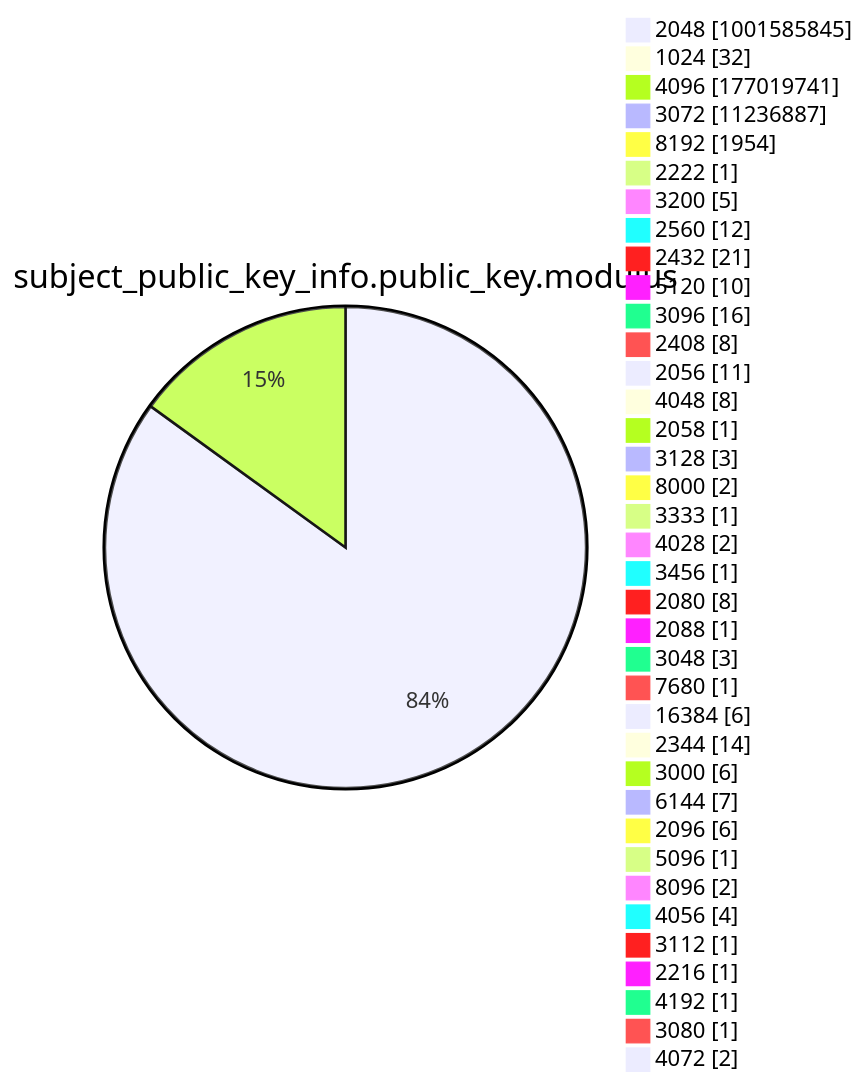
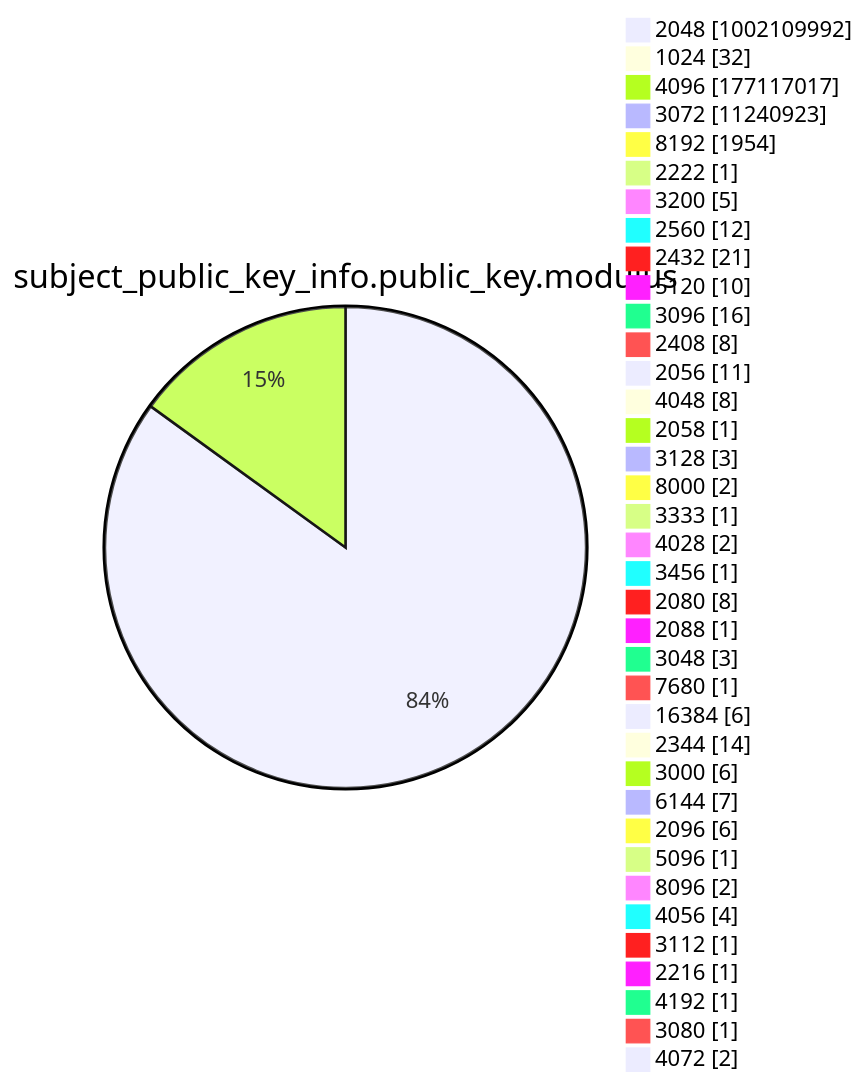
Diagram 13 of 15 in argon2022/README.md (christiankrug/ctmonitor_visualization), drawn with Mermaid before and after one commit. The commit also changed other lines of this file, not shown here.

````diff
--- a/argon2022/README.md
+++ b/argon2022/README.md
@@ -3587,41 +3587,41 @@
 ```mermaid
 pie showData
 title subject_public_key_info.public_key.modulus
-"2048" :1001585845
+"2048" :1002109992
 "1024" :32
-"4096" :177019741
-"3072" :11236887
+"4096" :177117017
+"3072" :11240923
 "8192" :1954
 "2222" :1
 "3200" :5
 "2560" :12
 "2432" :21
 "5120" :10
 "3096" :16
 "2408" :8
 "2056" :11
 "4048" :8
 "2058" :1
 "3128" :3
 "8000" :2
 "3333" :1
 "4028" :2
 "3456" :1
 "2080" :8
 "2088" :1
 "3048" :3
 "7680" :1
 "16384" :6
 "2344" :14
 "3000" :6
 "6144" :7
 "2096" :6
 "5096" :1
 "8096" :2
 "4056" :4
 "3112" :1
 "2216" :1
 "4192" :1
 "3080" :1
 "4072" :2
 ```
````
